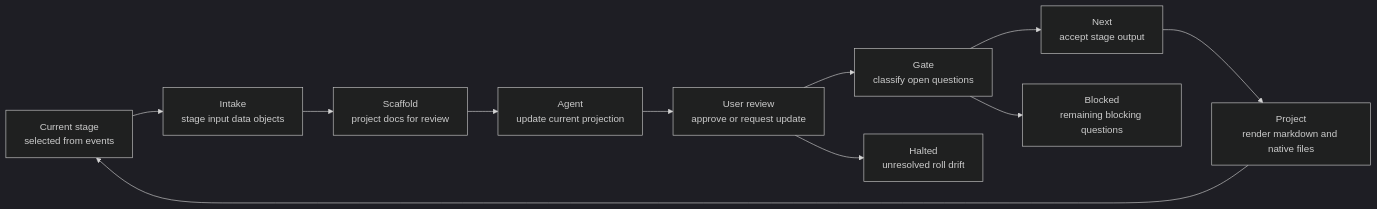
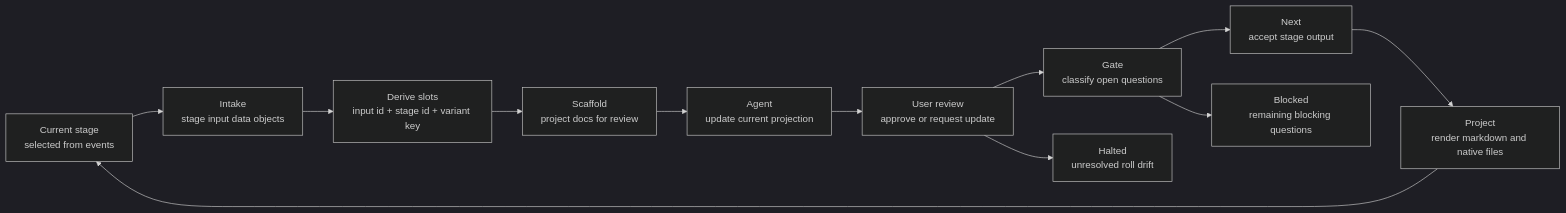
The second of 14 diagrams in .enclosure/plans/planning-workflow/UML.md (9orky/enclosure), drawn with Mermaid (dark theme) before and after one commit. The commit also changed other lines of this file and 10 other files, not shown here.

````diff
--- a/.enclosure/plans/planning-workflow/UML.md
+++ b/.enclosure/plans/planning-workflow/UML.md
@@ -30,13 +30,14 @@
 ```mermaid
 flowchart LR
     Current["Current stage\nselected from events"] --> Intake["Intake\nstage input data objects"]
-    Intake --> Scaffold["Scaffold\nproject docs for review"]
+    Intake --> Derive["Derive slots\ninput id + stage id + variant key"]
+    Derive --> Scaffold["Scaffold\nproject docs for review"]
     Scaffold --> Agent["Agent\nupdate current projection"]
     Agent --> Review["User review\napprove or request update"]
     Review --> Gate["Gate\nclassify open questions"]
     Gate --> Accept["Next\naccept stage output"]
     Accept --> Project["Project\nrender markdown and native files"]
     Project --> Current
     Gate --> Blocked["Blocked\nremaining blocking questions"]
     Review --> Halted["Halted\nunresolved roll drift"]
 ```
````
